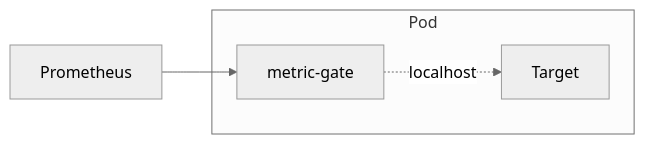
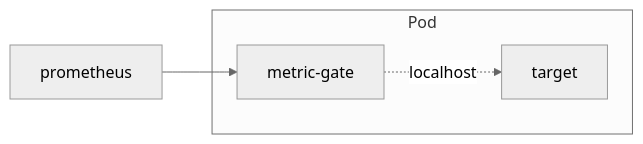
Before and after one commit to sepich/metric-gate: the first of 3 diagrams in Readme.md, drawn with Mermaid (neutral theme). The commit also changed other lines of this file and 5 other files, not shown here.

````diff
--- a/Readme.md
+++ b/Readme.md
@@ -3,8 +3,7 @@
 ```mermaid
 graph LR
-
-Prometheus --> metric-gate 
+prometheus --> metric-gate 
 subgraph Pod
-metric-gate -. localhost .-> Target
+  metric-gate -. localhost .-> target
 end
 ```
````
